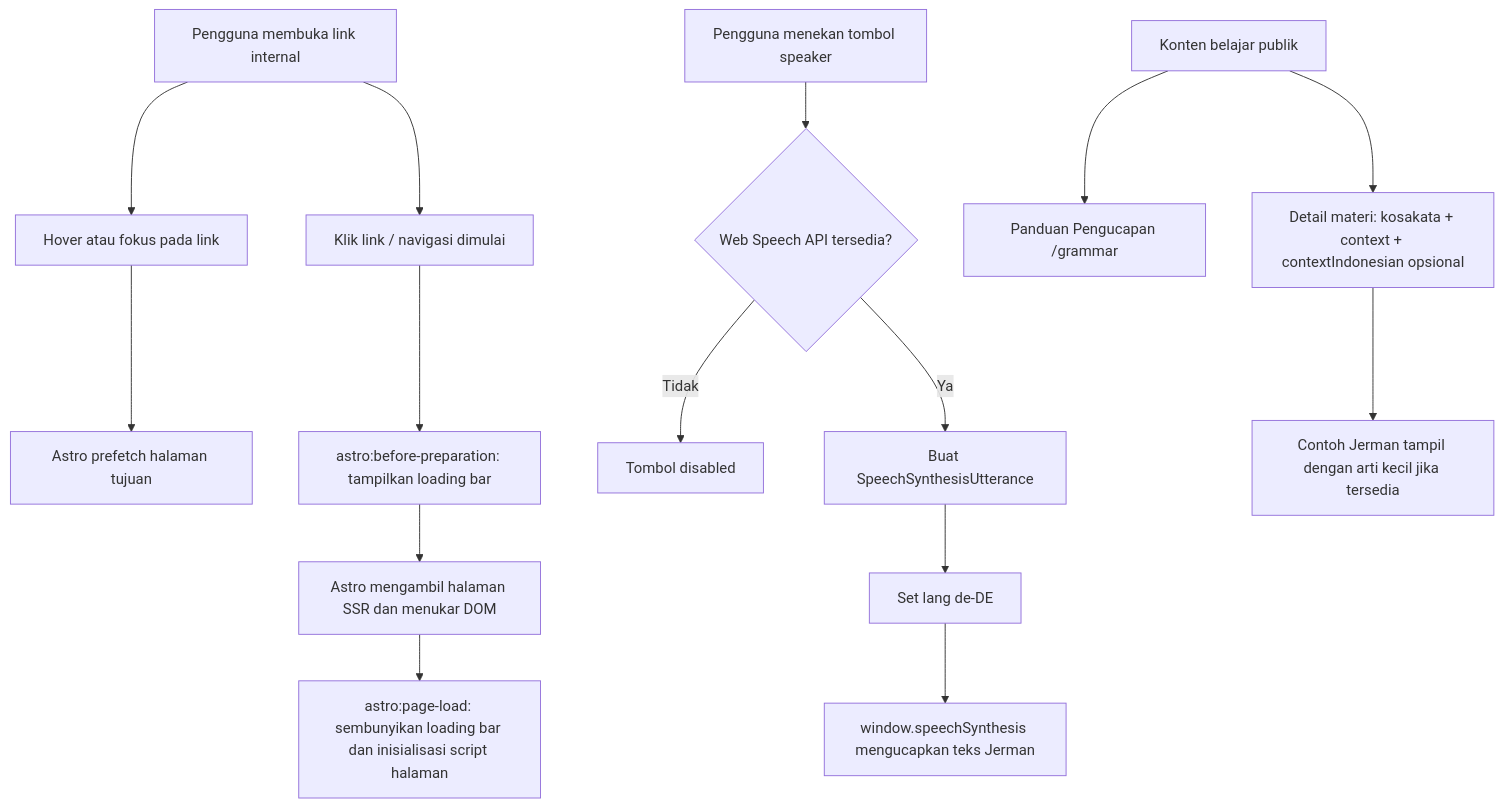
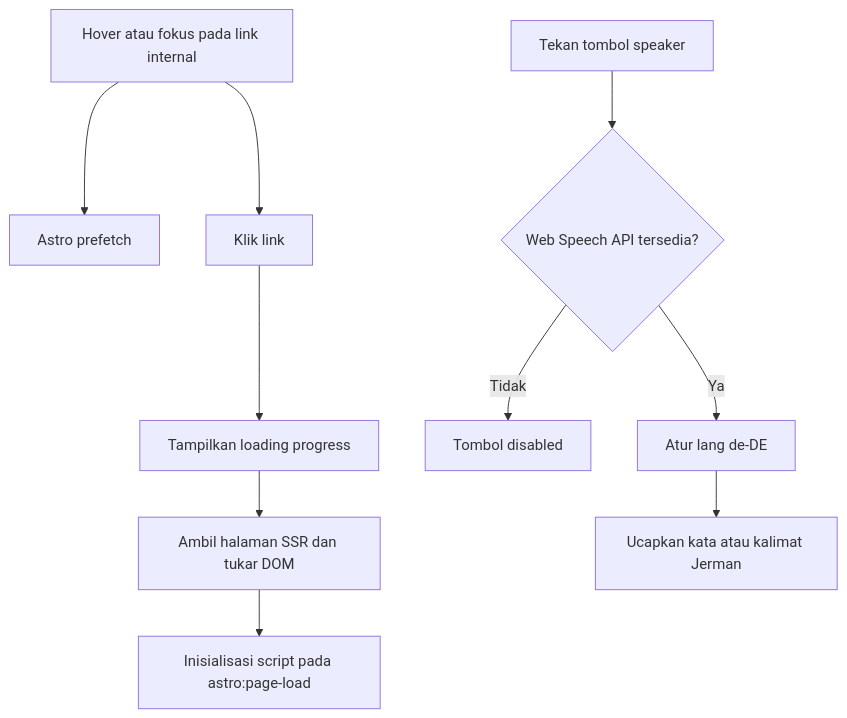
Before and after one commit to nandayudhistirawibowo/NdUniverse: the sixth of 6 diagrams in FLOWCHART.md, drawn with Mermaid. The commit also changed other lines of this file and 10 other files, not shown here.

````diff
--- a/FLOWCHART.md
+++ b/FLOWCHART.md
@@ -100,19 +117,13 @@
 ```mermaid
 flowchart TD
-    A[Pengguna membuka link internal] --> B[Hover atau fokus pada link]
-    B --> C[Astro prefetch halaman tujuan]
-    A --> D[Klik link / navigasi dimulai]
-    D --> E[astro:before-preparation: tampilkan loading bar]
-    E --> F[Astro mengambil halaman SSR dan menukar DOM]
-    F --> G[astro:page-load: sembunyikan loading bar dan inisialisasi script halaman]
+    A[Hover atau fokus pada link internal] --> B[Astro prefetch]
+    A --> C[Klik link]
+    C --> D[Tampilkan loading progress]
+    D --> E[Ambil halaman SSR dan tukar DOM]
+    E --> F[Inisialisasi script pada astro:page-load]
 
-    H[Pengguna menekan tombol speaker] --> I{Web Speech API tersedia?}
-    I -->|Tidak| J[Tombol disabled]
-    I -->|Ya| K[Buat SpeechSynthesisUtterance]
-    K --> L[Set lang de-DE]
-    L --> M[window.speechSynthesis mengucapkan teks Jerman]
-
-    N[Konten belajar publik] --> O[Panduan Pengucapan /grammar]
-    N --> P[Detail materi: kosakata + context + contextIndonesian opsional]
-    P --> Q[Contoh Jerman tampil dengan arti kecil jika tersedia]
+    G[Tekan tombol speaker] --> H{Web Speech API tersedia?}
+    H -->|Tidak| I[Tombol disabled]
+    H -->|Ya| J[Atur lang de-DE]
+    J --> K[Ucapkan kata atau kalimat Jerman]
 ```
````
